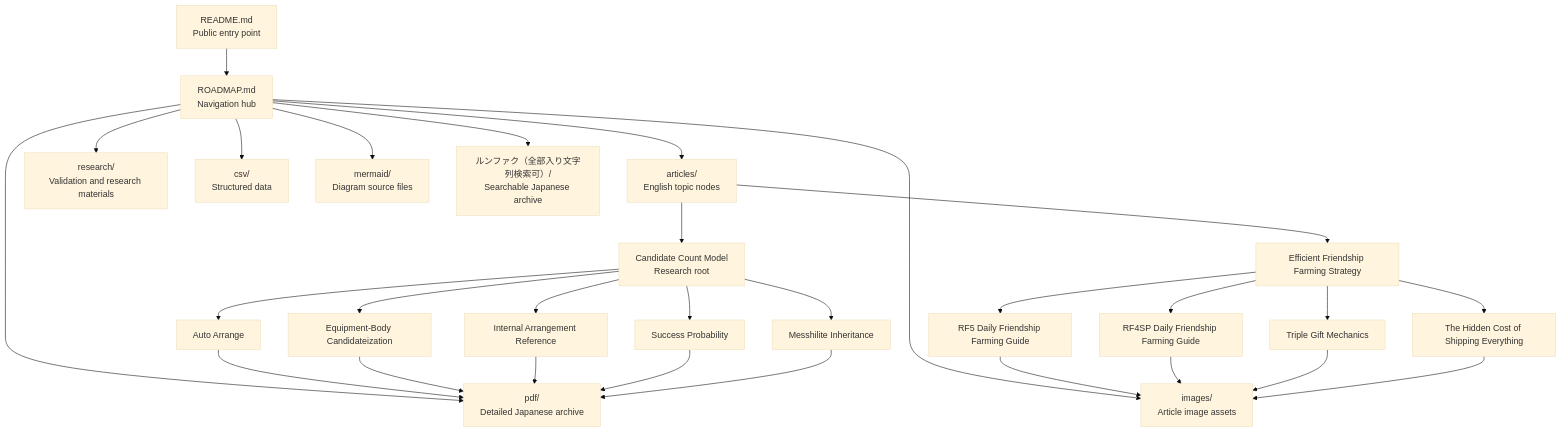
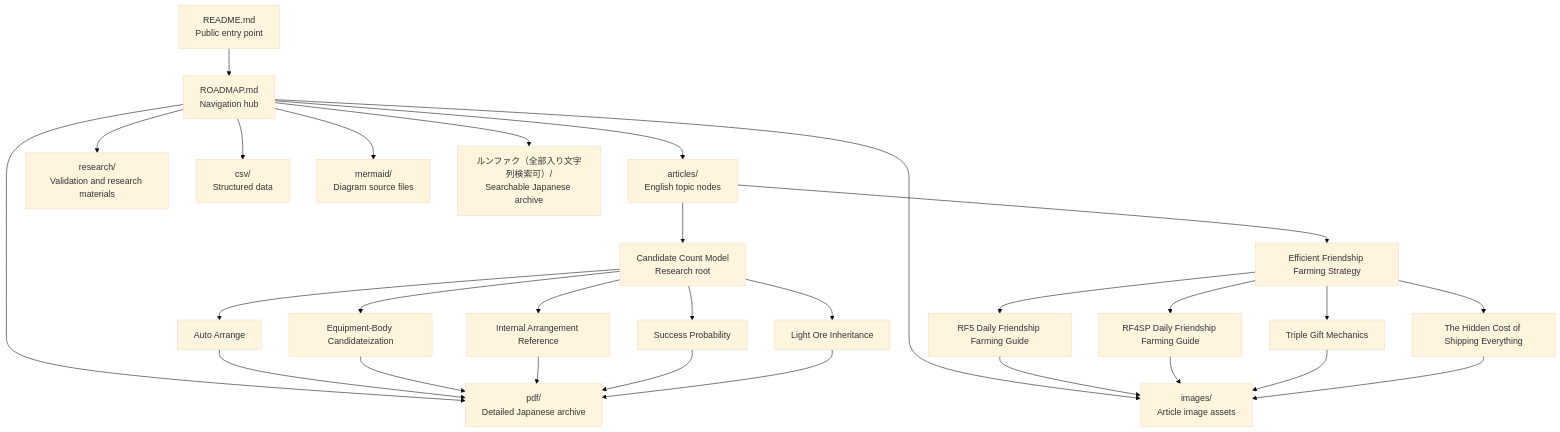
The diagram in ROADMAP.md (j13343sh/Rune-Factory-Inheritance-Research), drawn with Mermaid (base theme) before and after one commit. The commit also changed other lines of this file and 12 other files, not shown here.

````diff
--- a/ROADMAP.md
+++ b/ROADMAP.md
@@ -83,61 +83,61 @@
 ```mermaid
 flowchart TD
 
 README["README.md<br/>Public entry point"]
 ROADMAP["ROADMAP.md<br/>Navigation hub"]
 
 ARTICLES["articles/<br/>English topic nodes"]
 PDF["pdf/<br/>Detailed Japanese archive"]
 RESEARCH["research/<br/>Validation and research materials"]
 CSV["csv/<br/>Structured data"]
 IMAGES["images/<br/>Article image assets"]
 MERMAID["mermaid/<br/>Diagram source files"]
 FULLARCHIVE["ルンファク（全部入り文字列検索可）/<br/>Searchable Japanese archive"]
 
 CC["Candidate Count Model<br/>Research root"]
 
 AA["Auto Arrange"]
 SC["Equipment-Body Candidateization"]
 RP["Internal Arrangement Reference"]
 SP["Success Probability"]
-MI["Messhilite Inheritance"]
+MI["Light Ore Inheritance"]
 
 EFF["Efficient Friendship Farming Strategy"]
 RF5["RF5 Daily Friendship Farming Guide"]
 RF4["RF4SP Daily Friendship Farming Guide"]
 TG["Triple Gift Mechanics"]
 HC["The Hidden Cost of Shipping Everything"]
 
 README --> ROADMAP
 ROADMAP --> ARTICLES
 ROADMAP --> PDF
 ROADMAP --> RESEARCH
 ROADMAP --> CSV
 ROADMAP --> IMAGES
 ROADMAP --> MERMAID
 ROADMAP --> FULLARCHIVE
 
 ARTICLES --> CC
 
 CC --> AA
 CC --> SC
 CC --> RP
 CC --> SP
 CC --> MI
 
 ARTICLES --> EFF
 EFF --> RF5
 EFF --> RF4
 EFF --> TG
 EFF --> HC
 
 AA --> PDF
 SC --> PDF
 RP --> PDF
 SP --> PDF
 MI --> PDF
 RF5 --> IMAGES
 RF4 --> IMAGES
 TG --> IMAGES
 HC --> IMAGES
 ```
````
